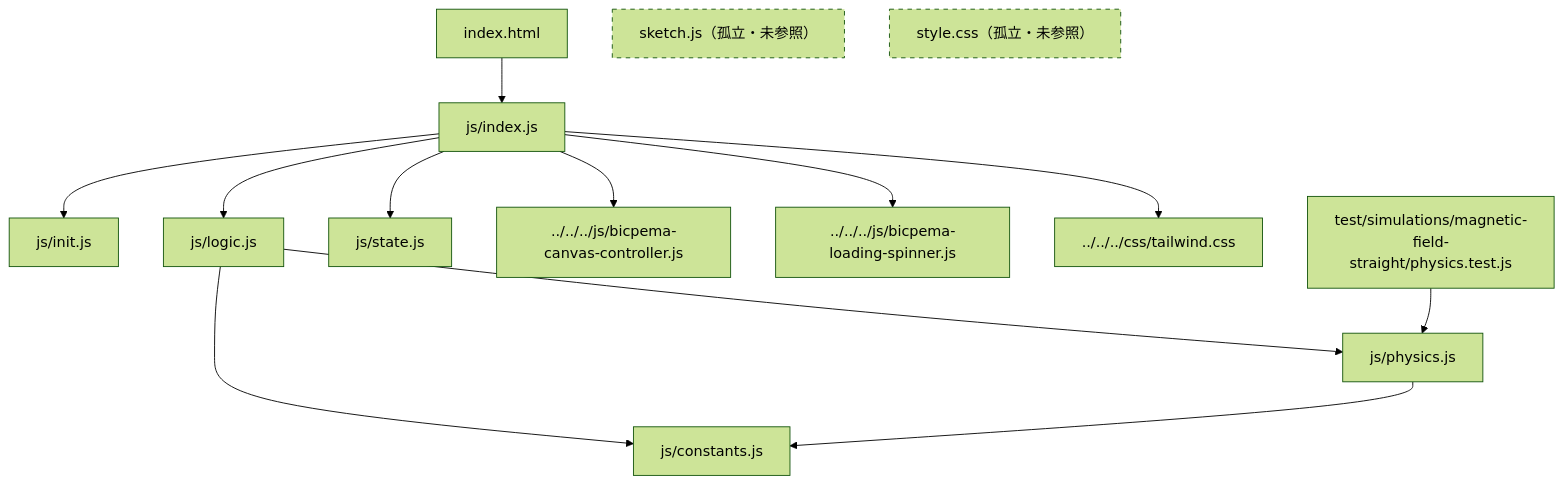
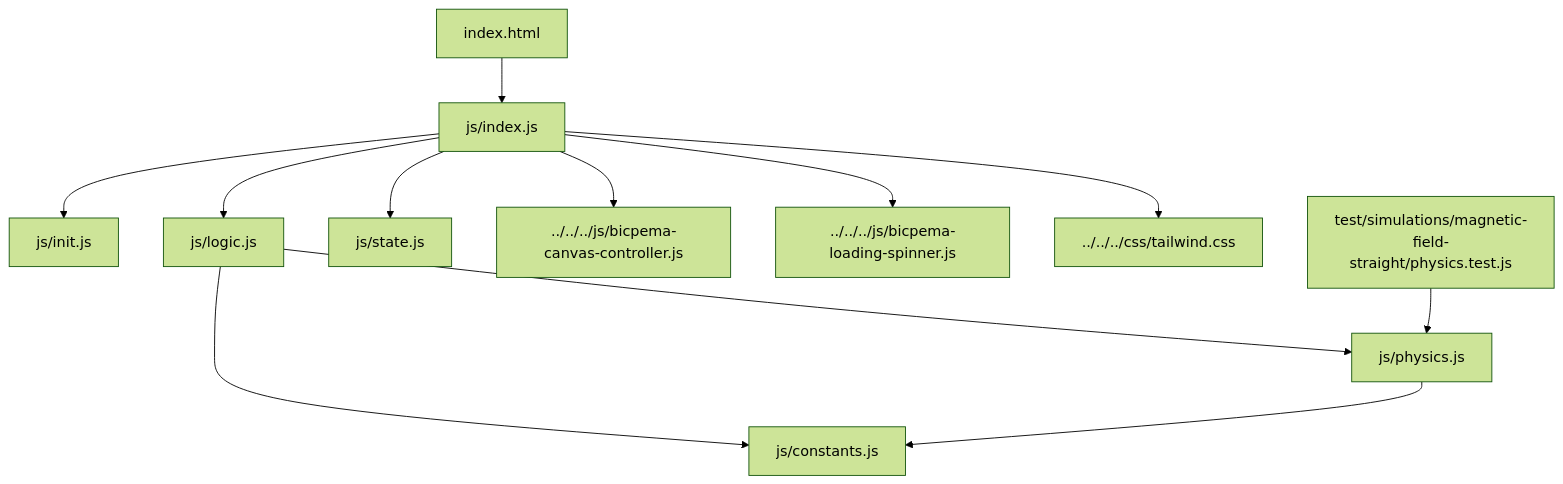
Before and after one commit to Bicpema/bicpema: the first of 2 diagrams in simulation-docs/magnetic-field-straight.md, drawn with Mermaid (forest theme). The commit also changed other lines of this file and 2 other files, not shown here.

First line of the commit message:
refactor: magnetic-field-straightの孤立ファイル(sketch.js, style.css)を削除する (#605)

````diff
--- a/simulation-docs/magnetic-field-straight.md
+++ b/simulation-docs/magnetic-field-straight.md
@@ -112,20 +108,14 @@
 ```mermaid
 flowchart TD
   A["index.html"] --> C["js/index.js"]
   C --> D["js/init.js"]
   C --> E["js/logic.js"]
   C --> F["js/state.js"]
   C --> L["../../../js/bicpema-canvas-controller.js"]
   C --> M["../../../js/bicpema-loading-spinner.js"]
   C --> N["../../../css/tailwind.css"]
   E --> P["js/physics.js"]
   E --> K["js/constants.js"]
   P --> K
   T["test/simulations/magnetic-field-straight/physics.test.js"] --> P
-
-  X["sketch.js（孤立・未参照）"]
-  Y["style.css（孤立・未参照）"]
-
-  style X stroke-dasharray: 5 5
-  style Y stroke-dasharray: 5 5
 ```
````
